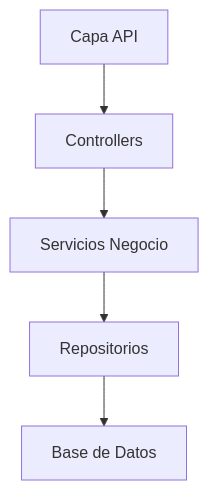
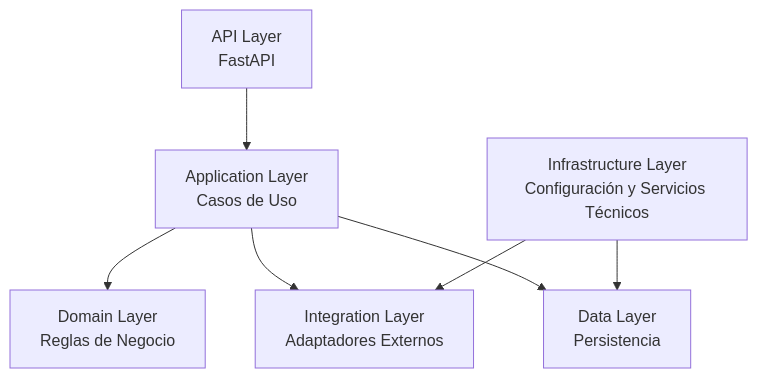
One commit to chirijose79-ui/Chiri changed the first of 2 diagrams in docs/200_Backend_Implementacion.md. Above: the diagram before and after it, drawn with Mermaid. The commit also changed other lines of this file, not shown here.

Commit message:
docs(backend): refine implementation architecture

````diff
--- a/docs/200_Backend_Implementacion.md
+++ b/docs/200_Backend_Implementacion.md
@@ -41,13 +46,24 @@
-```mermaid id="r8m2qw"
+```mermaid
 flowchart TD
-    API --> Controller
-    Controller --> Service
-    Service --> Repository
-    Repository --> Database
 
-    API["Capa API"]
-    Controller["Controllers"]
-    Service["Servicios Negocio"]
-    Repository["Repositorios"]
-    Database["Base de Datos"]
+    API["API Layer<br/>FastAPI"]
+
+    Application["Application Layer<br/>Casos de Uso"]
+
+    Domain["Domain Layer<br/>Reglas de Negocio"]
+
+    Integration["Integration Layer<br/>Adaptadores Externos"]
+
+    Data["Data Layer<br/>Persistencia"]
+
+    Infrastructure["Infrastructure Layer<br/>Configuración y Servicios Técnicos"]
+
+    API --> Application
+
+    Application --> Domain
+    Application --> Integration
+    Application --> Data
+
+    Infrastructure --> Integration
+    Infrastructure --> Data
 ```
````
